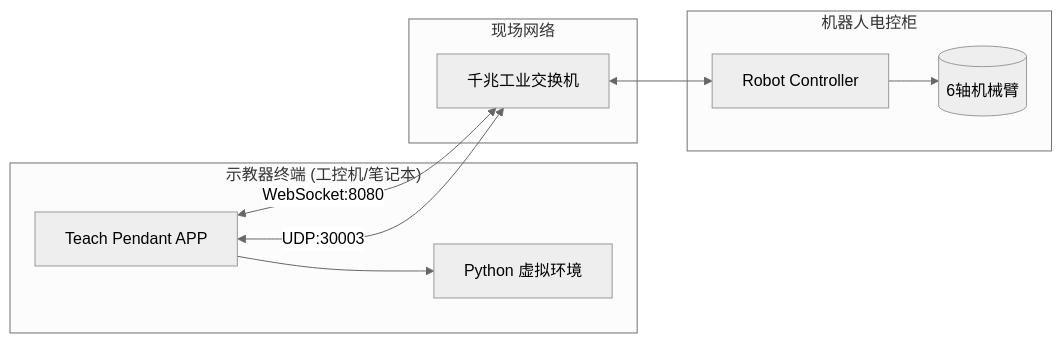
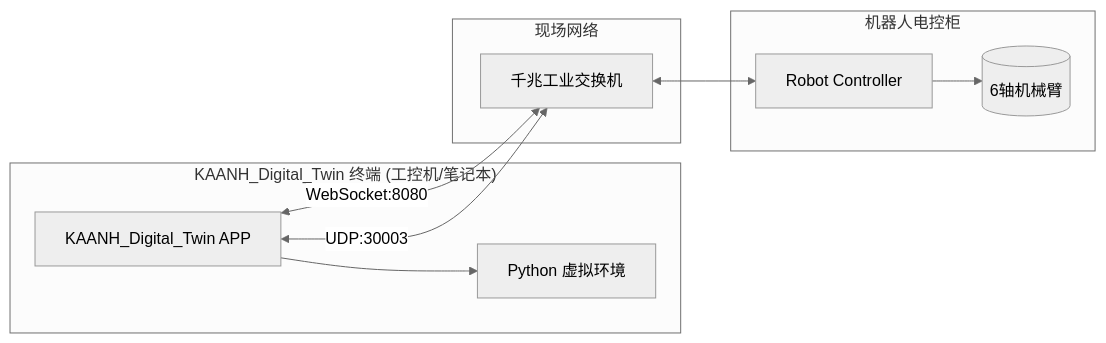
One commit to JaGuarPENG/python-robotics-sim changed the diagram in docs/DEPLOYMENT.md. Above: the diagram before and after it, drawn with Mermaid (neutral theme). The commit also changed other lines of this file and 5 other files, not shown here.

First line of the commit message:
docs: 统一项目名称，将 Teach Pendant 改为 KAANH_Digital_Twin

````diff
--- a/docs/DEPLOYMENT.md
+++ b/docs/DEPLOYMENT.md
@@ -9,22 +9,22 @@
 ```mermaid
 graph LR
-    subgraph TeachPendant["示教器终端 (工控机/笔记本)"]
-        App[Teach Pendant APP]
+    subgraph DigitalTwin["KAANH_Digital_Twin 终端 (工控机/笔记本)"]
+        App[KAANH_Digital_Twin APP]
         Env[Python 虚拟环境]
         App --> Env
     end
 
     subgraph Network["现场网络"]
         Switch[千兆工业交换机]
     end
 
     subgraph RobotController["机器人电控柜"]
         Controller[Robot Controller]
         Robot[(6轴机械臂)]
         Controller --> Robot
     end
 
     App <-->|"WebSocket:8080"| Switch
     App <-->|"UDP:30003"| Switch
     Switch <--> Controller
 ```
````
